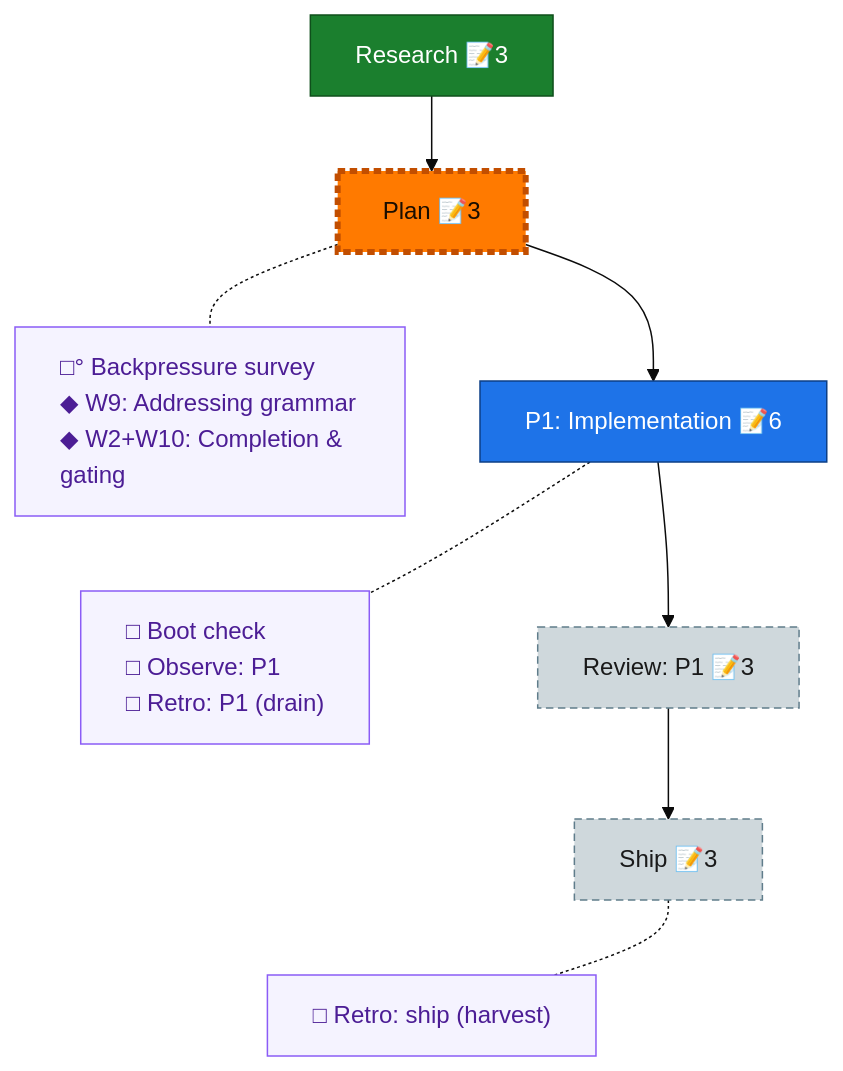
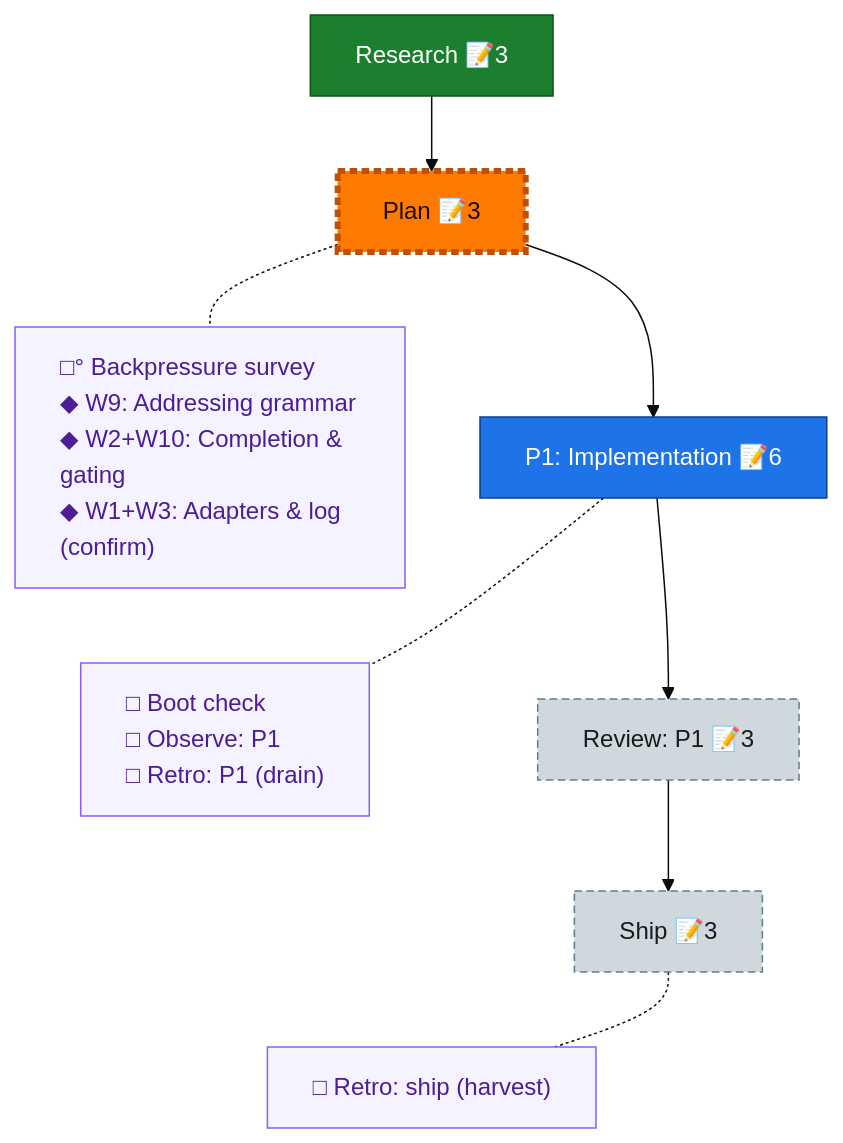
One commit to AI-Substrate/harness-engineering changed the diagram in docs/plans/065-deterministic-documents/the-flow.md. Above: the diagram before and after it, drawn with Mermaid (base theme). The commit also changed other lines of this file and 3 other files, not shown here.

````diff
--- a/docs/plans/065-deterministic-documents/the-flow.md
+++ b/docs/plans/065-deterministic-documents/the-flow.md
@@ -8,29 +8,29 @@
 ```mermaid
 flowchart TD
     research["Research 📝3"]:::done
     plan["Plan 📝3"]:::assumed
     phase_1["P1: Implementation 📝6"]:::known
     review_1["Review: P1 📝3"]:::assumed
     ship["Ship 📝3"]:::assumed
 
     research --> plan --> phase_1 --> review_1 --> ship
 
-    planC["□° Backpressure survey<br/>◆ W9: Addressing grammar<br/>◆ W2+W10: Completion & gating"]:::chore
+    planC["□° Backpressure survey<br/>◆ W9: Addressing grammar<br/>◆ W2+W10: Completion & gating<br/>◆ W1+W3: Adapters & log (confirm)"]:::chore
     phase_1C["□ Boot check<br/>□ Observe: P1<br/>□ Retro: P1 (drain)"]:::chore
     shipC["□ Retro: ship (harvest)"]:::chore
 
     %% invisible chain holds the gutter boxes in their own column
     planC ~~~ phase_1C ~~~ shipC
 
     %% dotted links pull each gutter box beside its node
     plan -.- planC
     phase_1 -.- phase_1C
     ship -.- shipC
 
     classDef done fill:#1B7F2E,stroke:#0F4F1B,color:#fff;
     classDef known fill:#1E73E8,stroke:#0D3F86,color:#fff;
     classDef assumed fill:#CFD8DC,stroke:#607D8B,color:#1a1a1a,stroke-dasharray:5 3;
     classDef chore fill:#f5f3ff,stroke:#8b5cf6,color:#4c1d95,text-align:left;
     classDef current fill:#FF7A00,stroke:#C24E00,color:#1a0e00,stroke-width:4px;
     class plan current;
 ```
````
